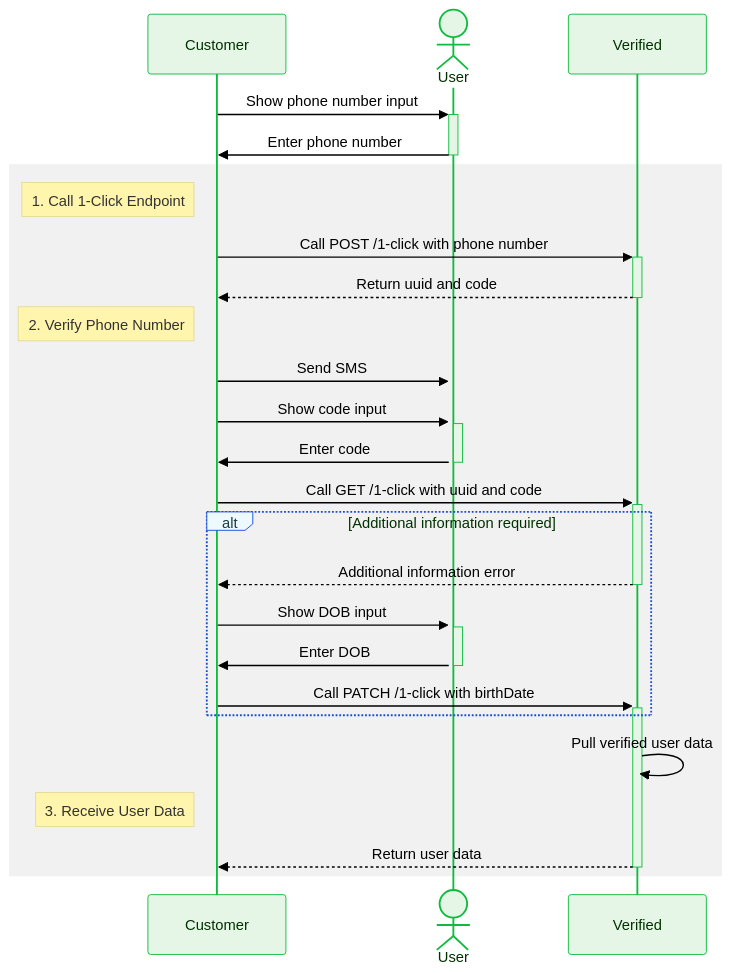
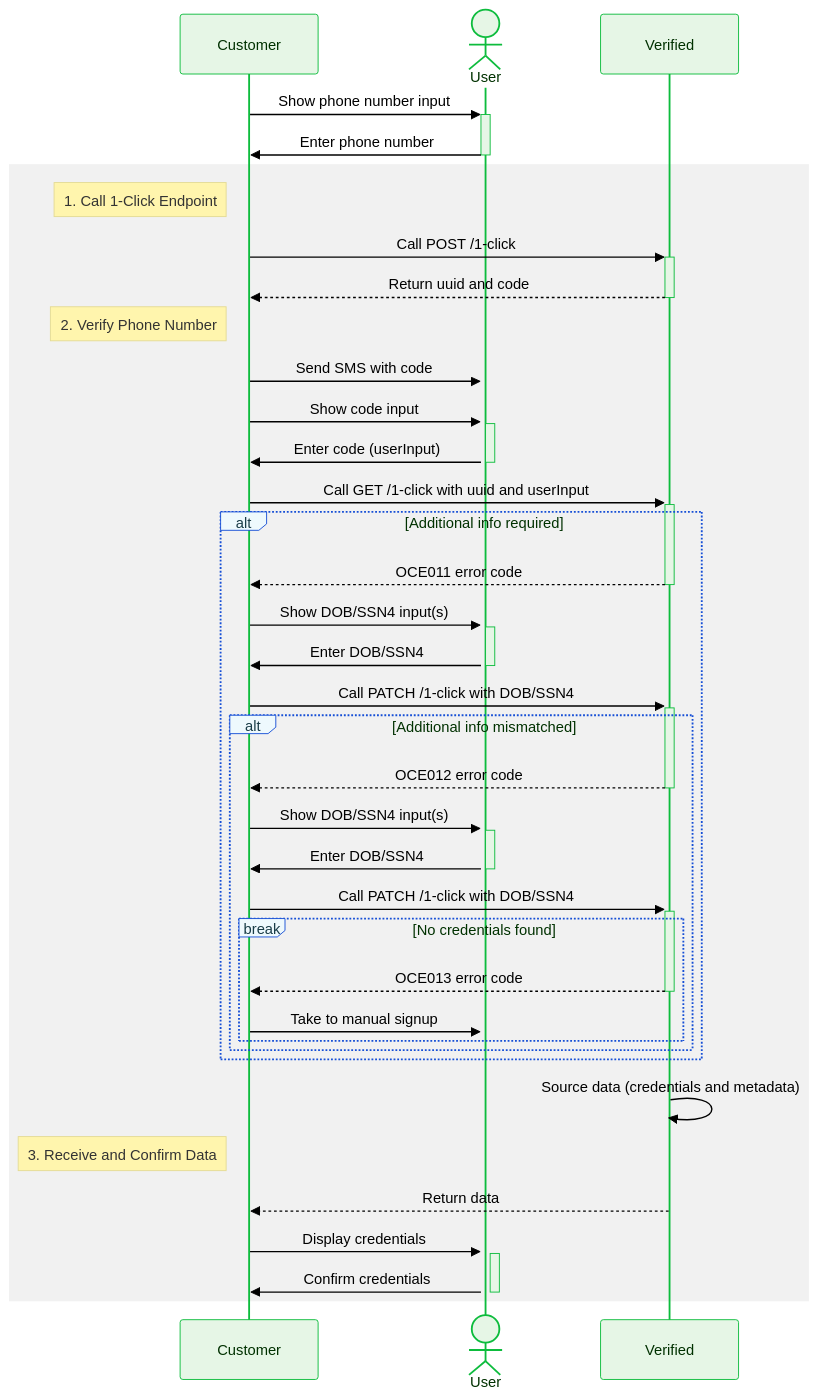
The diagram in versioned_docs/version-2/reusables/sequence-diagram-semi-hosted.mdx (VerifiedInc/VerifiedInc.github.io), drawn with Mermaid before and after one commit. The commit also changed 31 other files, not shown here.

Commit message:
Updates across many files to add support for SSN4 input

````diff
--- a/versioned_docs/version-2/reusables/sequence-diagram-semi-hosted.mdx
+++ b/versioned_docs/version-2/reusables/sequence-diagram-semi-hosted.mdx
@@ -3,49 +3,61 @@
 ```mermaid
 %%{
     init: {
     'theme': 'base',
     'themeVariables': {
         'primaryColor': '#e6f6e6',
         'primaryTextColor': '#003100',
         'primaryBorderColor': '#0dbc3d',
         'secondaryColor': '#eef9fd',
         'secondaryTextColor': '#193c47',
         'secondaryBorderColor': '#164fd6',
         'activationBkgColor': '#e6f6e6',
         'activationBorderColor': '#0dbc3d',
         'labelBoxBkgColor': '#eef9fd',
         'labelBoxBorderColor': '#164fd6',
         'labelTextColor': '#193c47',
         'edgeLabelBackground': '#ffffff',
         'textColor': '#000000',
         'fontFamily': 'Lato'
     }
 }
 }%%
 sequenceDiagram
     participant C as Customer
     actor U as User
     participant V as Verified
 
     C ->>+ U: Show phone number input
     U ->>- C: Enter phone number
     rect rgb(200,200,200,0.25)
         Note left of C: 1. Call 1-Click Endpoint
-        C ->>+ V: Call POST /1-click with phone number
+        C ->>+ V: Call POST /1-click
         V -->>- C: Return uuid and code
         Note left of C: 2. Verify Phone Number
-        C ->>+ U: Send SMS
+        C ->>+ U: Send SMS with code
         C ->>+ U: Show code input
-        U ->>- C: Enter code
-        C ->>+ V: Call GET /1-click with uuid and code
-        alt Additional information required
-            V -->>- C: Additional information error
-            C ->>+ U: Show DOB input
-            U ->>- C: Enter DOB
-            C ->>+ V: Call PATCH /1-click with birthDate
+        U ->>- C: Enter code (userInput)
+        C ->>+ V: Call GET /1-click with uuid and userInput
+        alt Additional info required
+            V -->>- C: OCE011 error code
+            C ->>+ U: Show DOB/SSN4 input(s)
+            U ->>- C: Enter DOB/SSN4
+            C ->>+ V: Call PATCH /1-click with DOB/SSN4
+            alt Additional info mismatched
+                V -->>- C: OCE012 error code
+                C ->>+ U: Show DOB/SSN4 input(s)
+                U ->>- C: Enter DOB/SSN4
+                C ->>+ V: Call PATCH /1-click with DOB/SSN4
+                break No credentials found
+                    V -->>- C: OCE013 error code
+                    C ->>+ U: Take to manual signup
+                end
+            end
         end
-        V ->> V: Pull verified user data
-        Note left of C: 3. Receive User Data
-        V -->>- C: Return user data
+        V ->> V: Source data (credentials and metadata)
+        Note left of C: 3. Receive and Confirm Data
+        V -->> C: Return data
+        C ->>+ U: Display credentials
+        U ->>- C: Confirm credentials
     end
 ```
````
